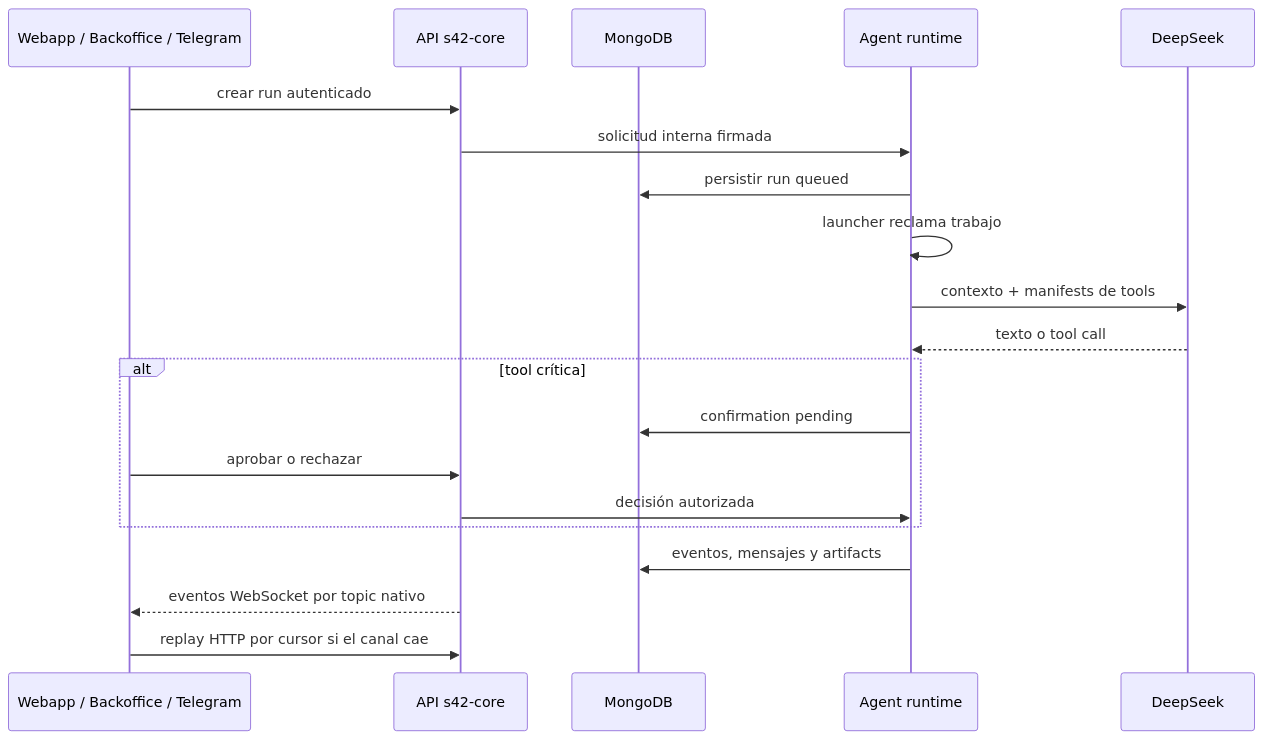
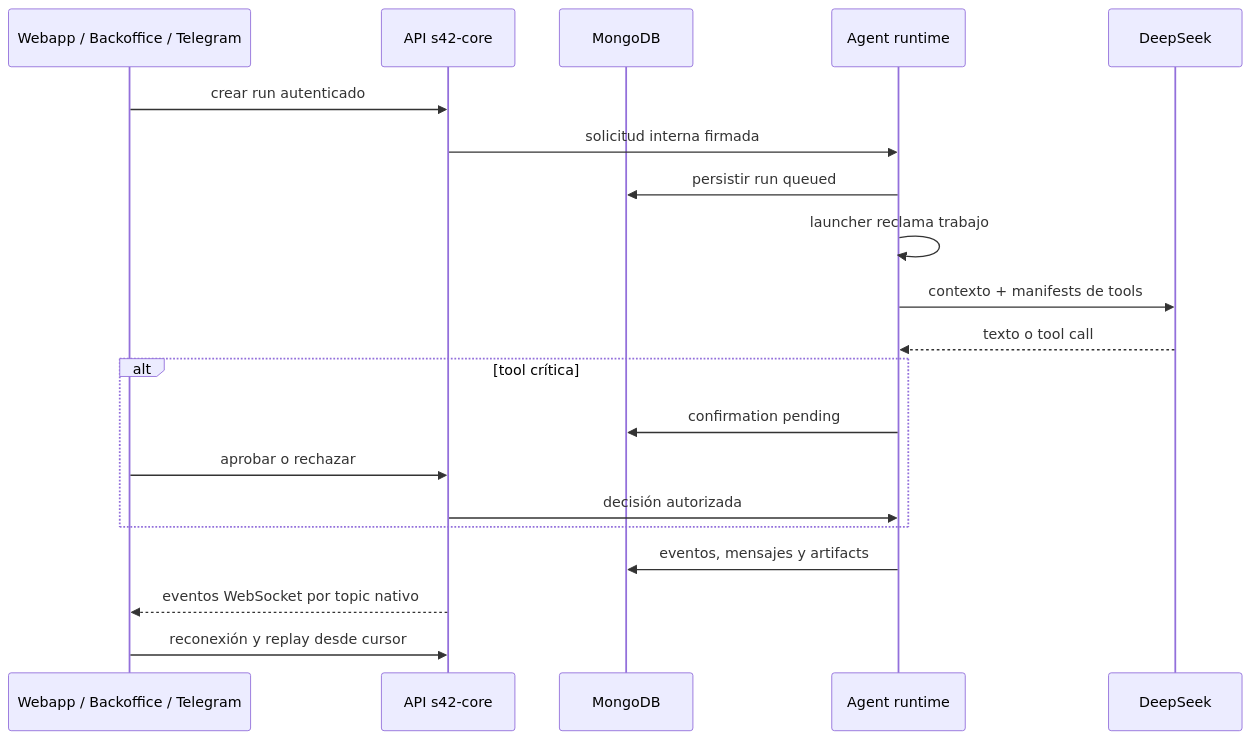
One commit to stock42/stock42-monorepo-scaffolding changed the second of 2 diagrams in README.md. Above: the diagram before and after it, drawn with Mermaid. The commit also changed other lines of this file and 14 other files, not shown here.

````diff
--- a/README.md
+++ b/README.md
@@ -65,23 +65,23 @@
 ```mermaid
 sequenceDiagram
   participant UI as Webapp / Backoffice / Telegram
   participant API as API s42-core
   participant DB as MongoDB
   participant RT as Agent runtime
   participant LLM as DeepSeek
 
   UI->>API: crear run autenticado
   API->>RT: solicitud interna firmada
   RT->>DB: persistir run queued
   RT->>RT: launcher reclama trabajo
   RT->>LLM: contexto + manifests de tools
   LLM-->>RT: texto o tool call
   alt tool crítica
     RT->>DB: confirmation pending
     UI->>API: aprobar o rechazar
     API->>RT: decisión autorizada
   end
   RT->>DB: eventos, mensajes y artifacts
   API-->>UI: eventos WebSocket por topic nativo
-  UI->>API: replay HTTP por cursor si el canal cae
+  UI->>API: reconexión y replay desde cursor
 ```
````
